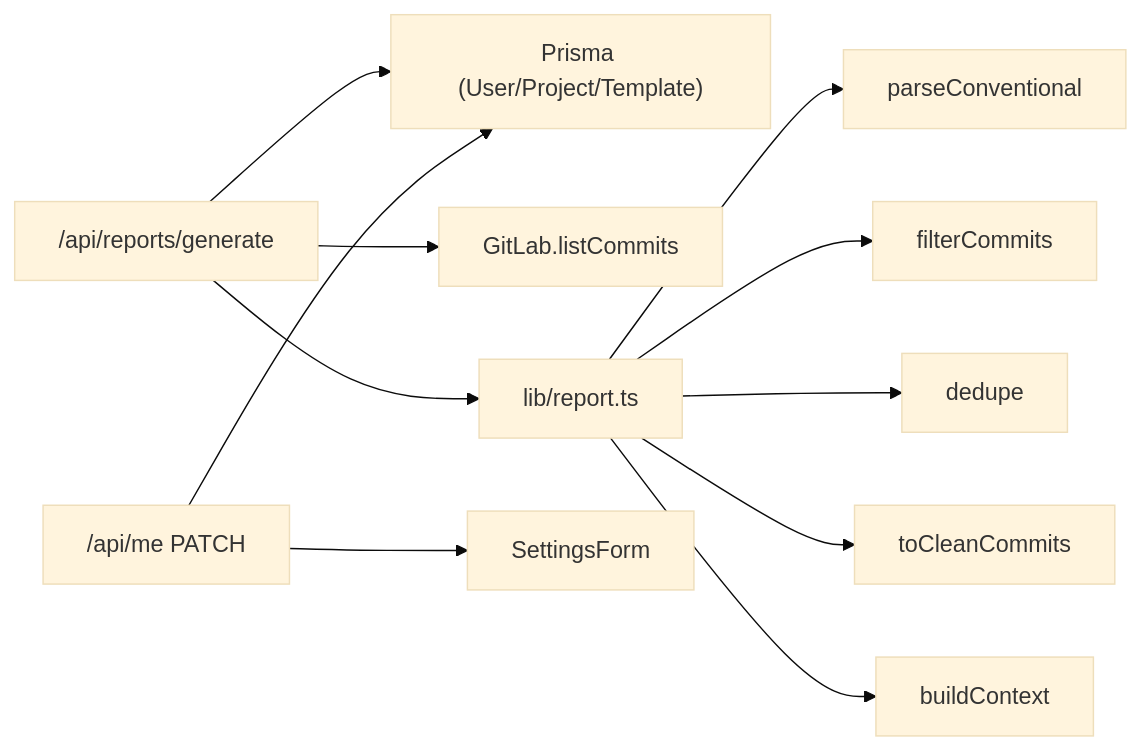
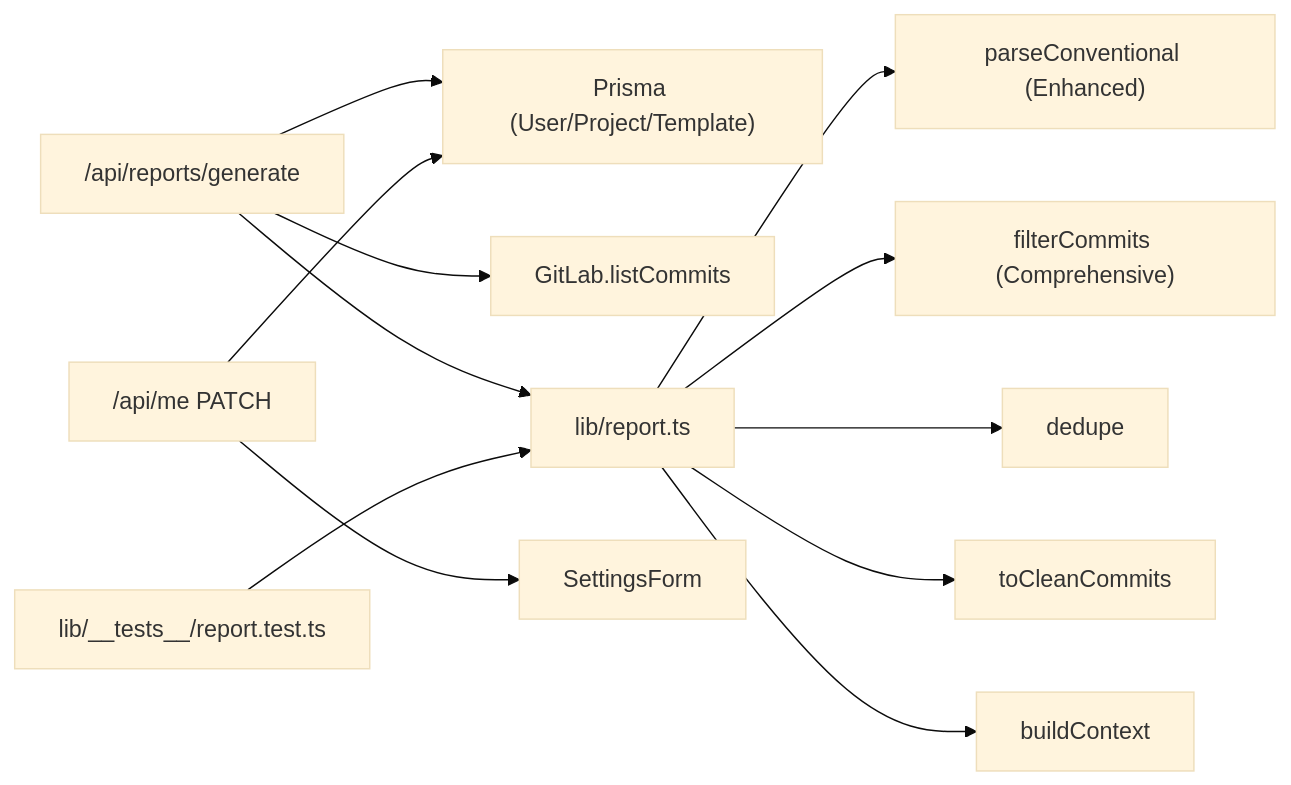
Before and after one commit to jrj444/git-daily: diagram 11 of 11 in .qoder/repowiki/en/content/Report Generation System/Commit Processing and Filtering.md, drawn with Mermaid (base theme). The commit also changed other lines of this file and 6 other files, not shown here.

````diff
--- a/.qoder/repowiki/en/content/Report Generation System/Commit Processing and Filtering.md
+++ b/.qoder/repowiki/en/content/Report Generation System/Commit Processing and Filtering.md
@@ -353,13 +379,14 @@
 ```mermaid
 graph LR
 API["/api/reports/generate"] --> PRISMA["Prisma (User/Project/Template)"]
 API --> GITLAB["GitLab.listCommits"]
 API --> PROC["lib/report.ts"]
-PROC --> CONV["parseConventional"]
-PROC --> FILTER["filterCommits"]
+PROC --> CONV["parseConventional (Enhanced)"]
+PROC --> FILTER["filterCommits (Comprehensive)"]
 PROC --> DEDUP["dedupe"]
 PROC --> CLEAN["toCleanCommits"]
 PROC --> CTX["buildContext"]
 SETTINGS["/api/me PATCH"] --> PRISMA
 SETTINGS --> UI["SettingsForm"]
+TESTS["lib/__tests__/report.test.ts"] --> PROC
 ```
````
